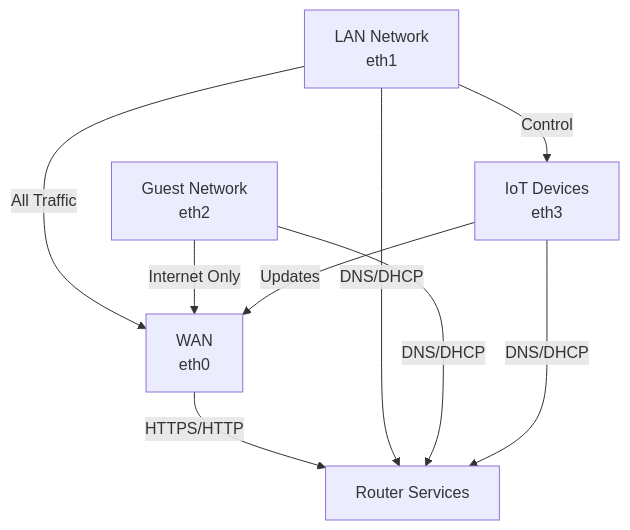
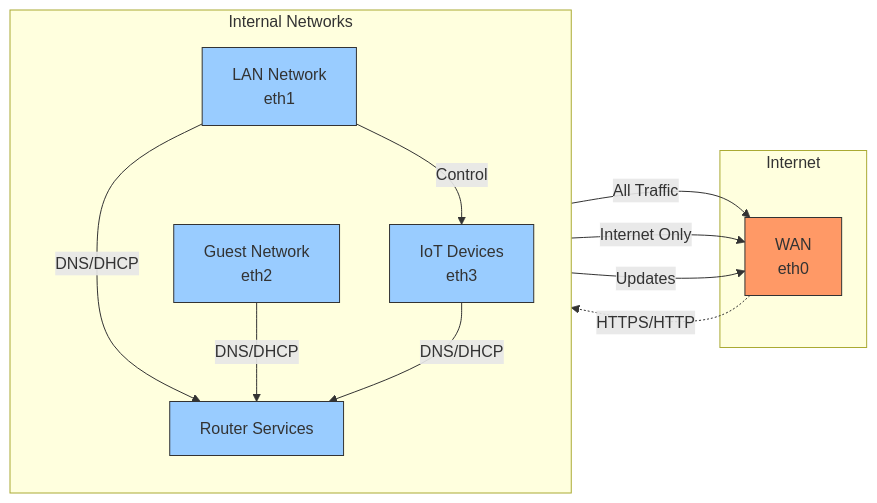
The first of 3 diagrams in examples/README.md (uppaljs/vyos-zbfw), drawn with Mermaid before and after one commit. The commit also changed other lines of this file, not shown here.

````diff
--- a/examples/README.md
+++ b/examples/README.md
@@ -16,17 +16,28 @@
 ```mermaid
-graph TD
-    WAN[WAN\neth0]
-    LAN[LAN Network\neth1]
-    IOT[IoT Devices\neth3]
-    GUEST[Guest Network\neth2]
-    LOCAL[Router Services]
+flowchart LR
+    subgraph Internet
+        WAN[WAN\neth0]
+    end
+    
+    subgraph Internal Networks
+        direction TB
+        LOCAL[Router Services]
+        LAN[LAN Network\neth1]
+        IOT[IoT Devices\neth3]
+        GUEST[Guest Network\neth2]
+    end
 
-    WAN --> |HTTPS/HTTP| LOCAL
-    LAN --> |All Traffic| WAN
-    LAN --> |DNS/DHCP| LOCAL
-    LAN --> |Control| IOT
-    GUEST --> |DNS/DHCP| LOCAL
-    GUEST --> |Internet Only| WAN
-    IOT --> |DNS/DHCP| LOCAL
-    IOT --> |Updates| WAN
+    WAN -.->|HTTPS/HTTP| LOCAL
+    LAN -->|All Traffic| WAN
+    LAN -->|DNS/DHCP| LOCAL
+    LAN -->|Control| IOT
+    GUEST -->|DNS/DHCP| LOCAL
+    GUEST -->|Internet Only| WAN
+    IOT -->|DNS/DHCP| LOCAL
+    IOT -->|Updates| WAN
+
+    classDef internet fill:#f96,stroke:#333
+    classDef internal fill:#9cf,stroke:#333
+    class WAN internet
+    class LOCAL,LAN,IOT,GUEST internal
 ```
````
